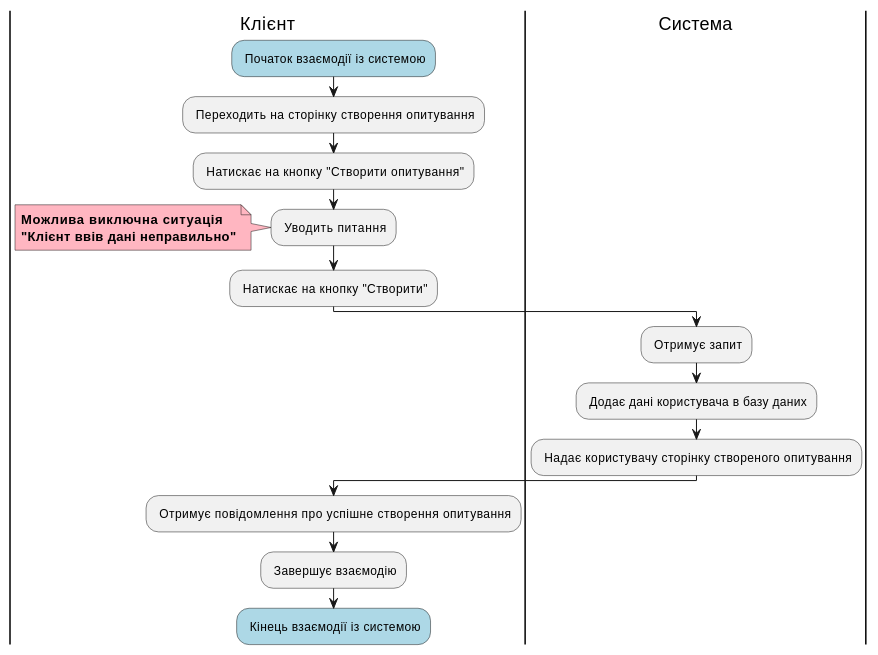
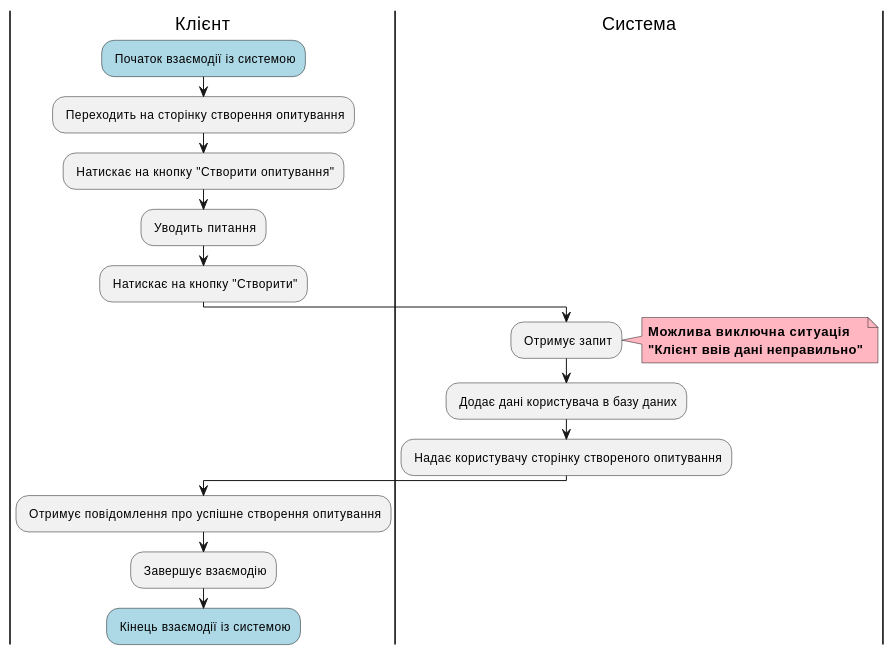
The seventh of 12 diagrams in docs/use cases/README.md (kujo205/db_labs), drawn with PlantUML before and after one commit. The commit also changed other lines of this file, not shown here.

```diff
--- a/docs/use cases/README.md
+++ b/docs/use cases/README.md
@@ -279,27 +265,26 @@
 @startuml
 
   |Клієнт|
   #lightblue : Початок взаємодії із системою;
   : Переходить на сторінку створення опитування; 
   : Натискає на кнопку "Створити опитування";
   : Уводить питання;
+  : Натискає на кнопку "Створити";
 
-  note left #lightpink
+  |Система|
+  : Отримує запит;
+
+  note right #lightpink
     <b>Можлива виключна ситуація</b>
     <b>"Клієнт ввів дані неправильно"</b>
   end note
-
-  : Натискає на кнопку "Створити";
-
-
-  |Система|
-  : Отримує запит;
+  
   : Додає дані користувача в базу даних;
   : Надає користувачу сторінку створеного опитування;
 
   |Клієнт|
   : Отримує повідомлення про успішне створення опитування;
   : Завершує взаємодію;
   #lightblue : Кінець взаємодії із системою;
 
 @enduml
```
